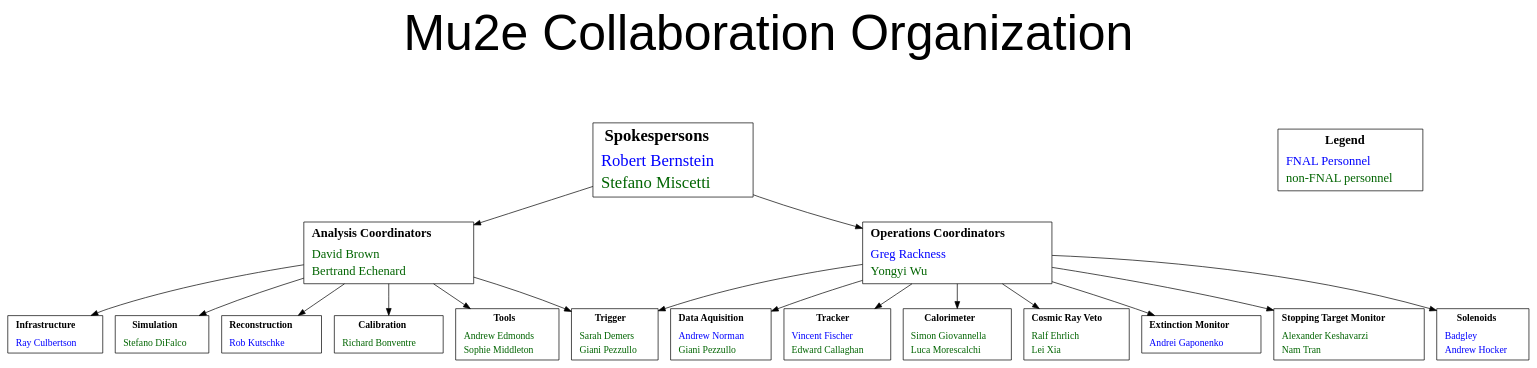
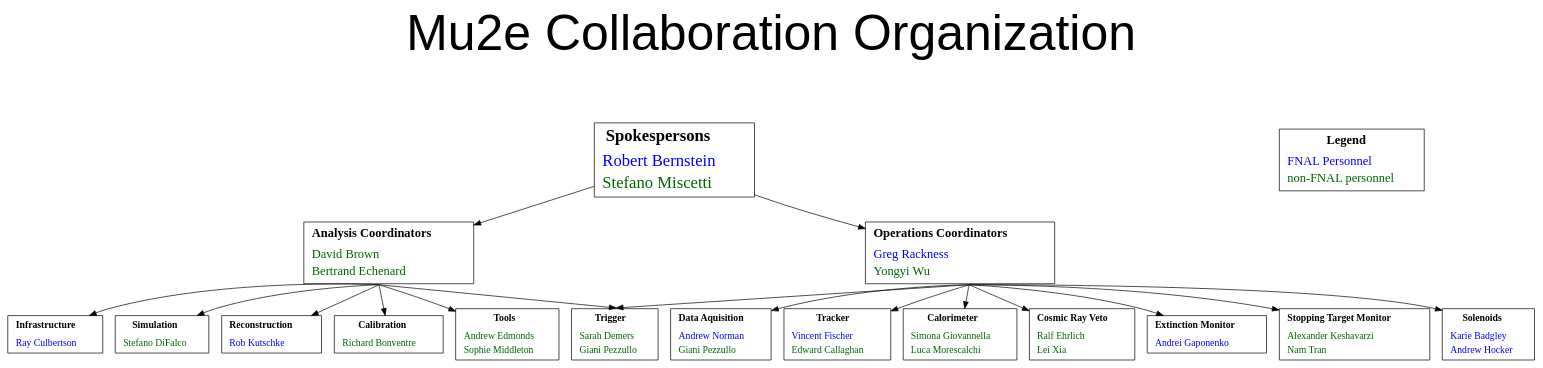
The diagram in Documents/OrgChart_L3.dot (sophiemiddleton/Production), drawn with Graphviz before and after one commit. The commit also changed 1 other file, not shown here.

```diff
--- a/Documents/OrgChart_L3.dot
+++ b/Documents/OrgChart_L3.dot
@@ -1,162 +1,165 @@
-/*  Mu2e org chart, analysis branch only
+/*  Mu2e org chart, down to Level 3
  * To compile:
  *
- *     dot -T(suf) Production/Documents/OrgChart_L3.dot -o OrgChart_L3.(suf), suf=tiff, jpg, pdf, ...
+ *     dot -T(suf) OrgChart_L3.dot -o OrgChart_L3.(suf), suf=tiff, jpg, pdf, ...
  *    See https://graphviz.gitlab.io/documentation/ for more details
  *
  */
 
 digraph OrgChart {
   /* size="14,11"; */
   label = "Mu2e Collaboration Organization
     ";
   fontname="Helvetica";
   fontsize="72";
   labelloc = t;
+  concentrate = true;
+  ordering = out;
 
 
   /* L1 and L2 */
 
   Spokespersons [shape=box, peripheries=1, color=black, fontsize="24",
                 label=<<table border="0" cellborder="0" cellspacing="1">
                   <tr><td align="center"><b>Spokespersons</b></td></tr>
                   <tr><td align="center"></td></tr>
                   <tr><td align="left"><font color="blue" >Robert Bernstein</font></td></tr>
                   <tr><td align="left"><font color="darkgreen">Stefano Miscetti</font></td></tr>
                   </table>>];
   dummy [style="invisible" width=10];
 
   Legend [shape=box, peripheries=1, color=black, fontsize="18",
          label=<<table border="0" cellborder="0" cellspacing="1">
            <tr><td align="center"><b>Legend</b></td></tr>
            <tr><td align="center"></td></tr>
            <tr><td align="left"><font color="blue">FNAL Personnel </font></td></tr>
            <tr><td align="left"><font color="darkgreen">non-FNAL personnel</font></td></tr>
            </table>>];
   {rank=same Spokespersons dummy Legend };
 
   Analysis_Coordinators [shape=box, peripheries=1, color=black, fontsize="18",
                         label=<<table border="0" cellborder="0" cellspacing="1">
                           <tr><td align="center"><b>Analysis Coordinators</b></td></tr>
                           <tr><td align="center"></td></tr>
                           <tr><td align="left"><font color="darkgreen">David Brown</font></td></tr>
                           <tr><td align="left"><font color="darkgreen">Bertrand Echenard</font></td></tr>
                           </table>>];
 
   Operations_Coordinators [shape=box, peripheries=1, color=black, fontsize="18",
                           label=<<table border="0" cellborder="0" cellspacing="1">
                             <tr><td align="center"><b>Operations Coordinators</b></td></tr>
                             <tr><td align="center"></td></tr>
                             <tr><td align="left"><font color="blue">Greg Rackness</font></td></tr>
                             <tr><td align="left"><font color="darkgreen">Yongyi Wu</font></td></tr>
                             </table>>];
 
   Spokespersons -> Analysis_Coordinators;
   Spokespersons -> Operations_Coordinators;
 
   {rank=same Analysis_Coordinators Operations_Coordinators };
+  edge[samehead = Analysis,sametail = Analysis]
 
   /* Analysis L3 */
 
   Infrastructure [shape=box, peripheries=1, color=black, fontsize="14",
                  label=<<table border="0" cellborder="0" cellspacing="1">
                    <tr><td align="center"><b>Infrastructure</b></td></tr>
                    <tr><td align="center"></td></tr>
                    <tr><td align="left"><font color="blue">Ray Culbertson</font></td></tr>
                    </table>>];
   Simulation [shape=box, peripheries=1, color=black, fontsize="14",
              label=<<table border="0" cellborder="0" cellspacing="1">
                <tr><td align="center"><b>Simulation</b></td></tr>
                <tr><td align="center"></td></tr>
                <tr><td align="left"><font color="darkgreen">Stefano DiFalco</font></td></tr>
                </table>>];
   Reconstruction [shape=box, peripheries=1, color=black, fontsize="14",
                  label=<<table border="0" cellborder="0" cellspacing="1">
                    <tr><td align="center"><b>Reconstruction</b></td></tr>
                    <tr><td align="center"></td></tr>
                    <tr><td align="left"><font color="blue">Rob Kutschke</font></td></tr>
                    </table>>];
   Calibration [shape=box, peripheries=1, color=black, fontsize="14",
               label=<<table border="0" cellborder="0" cellspacing="1">
                 <tr><td align="center"><b>Calibration</b></td></tr>
                 <tr><td align="center"></td></tr>
                 <tr><td align="left"><font color="darkgreen">Richard Bonventre</font></td></tr>
                 </table>>];
 
   Tools [shape=box, peripheries=1, color=black, fontsize="14",
         label=<<table border="0" cellborder="0" cellspacing="1">
           <tr><td align="center"><b>Tools</b></td></tr>
           <tr><td align="center"></td></tr>
           <tr><td align="left"><font color="darkgreen">Andrew Edmonds</font></td></tr>
           <tr><td align="left"><font color="darkgreen">Sophie Middleton</font></td></tr>
           </table>>];
 
   /* Common  L3 */
 
   Trigger [shape=box, peripheries=1, color=black, fontsize="14",
           label=<<table border="0" cellborder="0" cellspacing="1">
             <tr><td align="center"><b>Trigger</b></td></tr>
             <tr><td align="center"></td></tr>
             <tr><td align="left"><font color="darkgreen">Sarah Demers</font></td></tr>
             <tr><td align="left"><font color="darkgreen">Giani Pezzullo</font></td></tr>
             </table>>];
 
   /*  Operations L3 */
 
   Data_Aquisition [shape=box, peripheries=1, color=black, fontsize="14",
                   label=<<table border="0" cellborder="0" cellspacing="1">
                     <tr><td align="center"><b>Data Aquisition</b></td></tr>
                     <tr><td align="center"></td></tr>
                     <tr><td align="left"><font color="blue">Andrew Norman</font></td></tr>
                     <tr><td align="left"><font color="darkgreen">Giani Pezzullo</font></td></tr>
                     </table>>];
   Tracker [shape=box, peripheries=1, color=black, fontsize="14",
           label=<<table border="0" cellborder="0" cellspacing="1">
             <tr><td align="center"><b>Tracker</b></td></tr>
             <tr><td align="center"></td></tr>
             <tr><td align="left"><font color="blue">Vincent Fischer</font></td></tr>
             <tr><td align="left"><font color="darkgreen">Edward Callaghan</font></td></tr>
             </table>>];
   Calorimeter [shape=box, peripheries=1, color=black, fontsize="14",
               label=<<table border="0" cellborder="0" cellspacing="1">
                 <tr><td align="center"><b>Calorimeter</b></td></tr>
                 <tr><td align="center"></td></tr>
-                <tr><td align="left"><font color="darkgreen">Simon Giovannella</font></td></tr>
+                <tr><td align="left"><font color="darkgreen">Simona Giovannella</font></td></tr>
                 <tr><td align="left"><font color="darkgreen">Luca Morescalchi</font></td></tr>
                 </table>>];
   Cosmic_Ray_Veto [shape=box, peripheries=1, color=black, fontsize="14",
                   label=<<table border="0" cellborder="0" cellspacing="1">
                     <tr><td align="center"><b>Cosmic Ray Veto</b></td></tr>
                     <tr><td align="center"></td></tr>
                     <tr><td align="left"><font color="darkgreen">Ralf Ehrlich</font></td></tr>
                     <tr><td align="left"><font color="darkgreen">Lei Xia</font></td></tr>
                     </table>>];
   Extinction_Monitor [shape=box, peripheries=1, color=black, fontsize="14",
                      label=<<table border="0" cellborder="0" cellspacing="1">
                        <tr><td align="center"><b>Extinction Monitor</b></td></tr>
                        <tr><td align="center"></td></tr>
                        <tr><td align="left"><font color="blue">Andrei Gaponenko</font></td></tr>
                        </table>>];
   Stopping_Target_Monitor [shape=box, peripheries=1, color=black, fontsize="14",
                           label=<<table border="0" cellborder="0" cellspacing="1">
                             <tr><td align="center"><b>Stopping Target Monitor</b></td></tr>
                             <tr><td align="center"></td></tr>
                             <tr><td align="left"><font color="darkgreen">Alexander Keshavarzi</font></td></tr>
                             <tr><td align="left"><font color="darkgreen">Nam Tran</font></td></tr>
                             </table>>];
   Solenoids [shape=box, peripheries=1, color=black, fontsize="14",
             label=<<table border="0" cellborder="0" cellspacing="1">
               <tr><td align="center"><b>Solenoids</b></td></tr>
               <tr><td align="center"></td></tr>
-              <tr><td align="left"><font color="blue">Badgley</font></td></tr>
+              <tr><td align="left"><font color="blue">Karie Badgley</font></td></tr>
               <tr><td align="left"><font color="blue">Andrew Hocker</font></td></tr>
               </table>>];
 
 
 
   Analysis_Coordinators -> Infrastructure,Simulation,Reconstruction,Calibration,Tools,Trigger;
   Operations_Coordinators -> Trigger,Data_Aquisition,Tracker,Calorimeter,Cosmic_Ray_Veto,Extinction_Monitor,Stopping_Target_Monitor,Solenoids;
   {rank=same Infrastructure Simulation Reconstruction Calibration Tools Trigger Data_Aquisition Tracker Calorimeter Cosmic_Ray_Veto};
   {rank=same  Extinction_Monitor Stopping_Target_Monitor Solenoids};
 
 }
```
